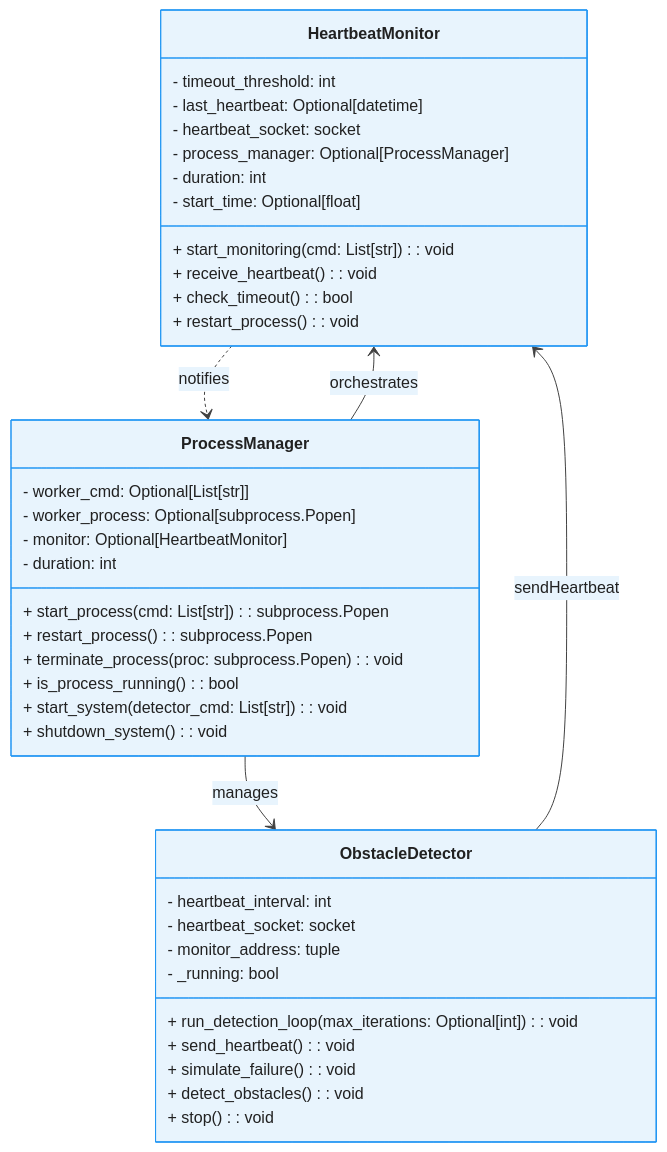
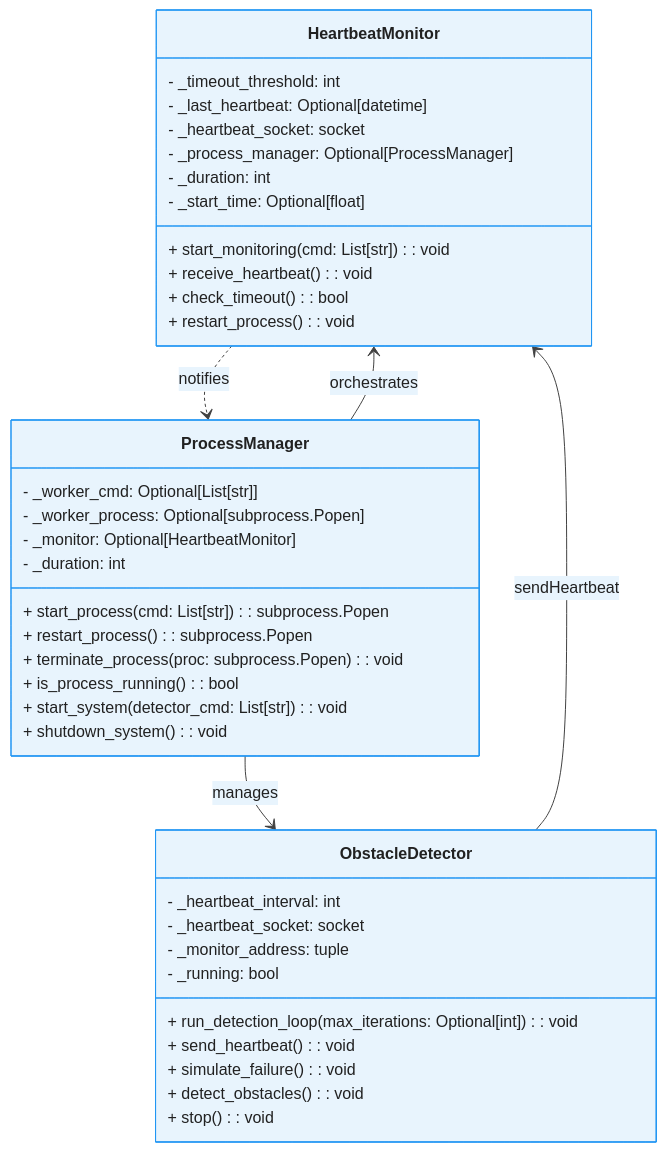
The diagram in docs/class.mermaid (ajbarea/heartbeat-obstacle-detector), drawn with Mermaid before and after one commit. The commit also changed 7 other files, not shown here.

Commit message:
made all necessary variables private to align with class diagram and updated documentation to reflect changes

```diff
--- a/docs/class.mermaid
+++ b/docs/class.mermaid
@@ -1,72 +1,72 @@
 ---
 config:
   theme: 'base'
   themeVariables:
     primaryColor: '#E8F4FD'
     primaryBorderColor: '#2196F3'
     primaryTextColor: '#1565C0'
     secondaryColor: '#F3E5F5'
     secondaryBorderColor: '#9C27B0'
     secondaryTextColor: '#6A1B9A'
     tertiaryColor: '#E8F5E8'
     tertiaryBorderColor: '#4CAF50'
     tertiaryTextColor: '#2E7D32'
     lineColor: '#424242'
     background: '#FAFAFA'
     textColor: '#212121'
     nodeTextColor: '#1565C0'
     edgeLabelBackground: '#FFFFFF'
     clusterBkg: '#F5F5F5'
     clusterBorder: '#BDBDBD'
     fillType0: '#E3F2FD'
     fillType1: '#F3E5F5'
     fillType2: '#E8F5E8'
     fillType3: '#FFF3E0'
     fillType4: '#FCE4EC'
     fillType5: '#F1F8E9'
     fillType6: '#E0F2F1'
     fillType7: '#FFF8E1'
 ---
 classDiagram
     class HeartbeatMonitor {
-        - timeout_threshold: int
-        - last_heartbeat: Optional[datetime]
-        - heartbeat_socket: socket
-        - process_manager: Optional[ProcessManager]
-        - duration: int
-        - start_time: Optional[float]
+        - _timeout_threshold: int
+        - _last_heartbeat: Optional[datetime]
+        - _heartbeat_socket: socket
+        - _process_manager: Optional[ProcessManager]
+        - _duration: int
+        - _start_time: Optional[float]
         + start_monitoring(cmd: List[str]): void
         + receive_heartbeat(): void
         + check_timeout(): bool
         + restart_process(): void
     }
 
     class ProcessManager {
-        - worker_cmd: Optional[List[str]]
-        - worker_process: Optional[subprocess.Popen]
-        - monitor: Optional[HeartbeatMonitor]
-        - duration: int
+        - _worker_cmd: Optional[List[str]]
+        - _worker_process: Optional[subprocess.Popen]
+        - _monitor: Optional[HeartbeatMonitor]
+        - _duration: int
         + start_process(cmd: List[str]): subprocess.Popen
         + restart_process(): subprocess.Popen
         + terminate_process(proc: subprocess.Popen): void
         + is_process_running(): bool
         + start_system(detector_cmd: List[str]): void
         + shutdown_system(): void
     }
 
     class ObstacleDetector {
-        - heartbeat_interval: int
-        - heartbeat_socket: socket
-        - monitor_address: tuple
+        - _heartbeat_interval: int
+        - _heartbeat_socket: socket
+        - _monitor_address: tuple
         - _running: bool
         + run_detection_loop(max_iterations: Optional[int]): void
         + send_heartbeat(): void
         + simulate_failure(): void
         + detect_obstacles(): void
         + stop(): void
     }
 
     ProcessManager --> HeartbeatMonitor : orchestrates
     ProcessManager --> ObstacleDetector : manages
     ObstacleDetector --> HeartbeatMonitor : sendHeartbeat
     HeartbeatMonitor ..> ProcessManager : notifies
```
